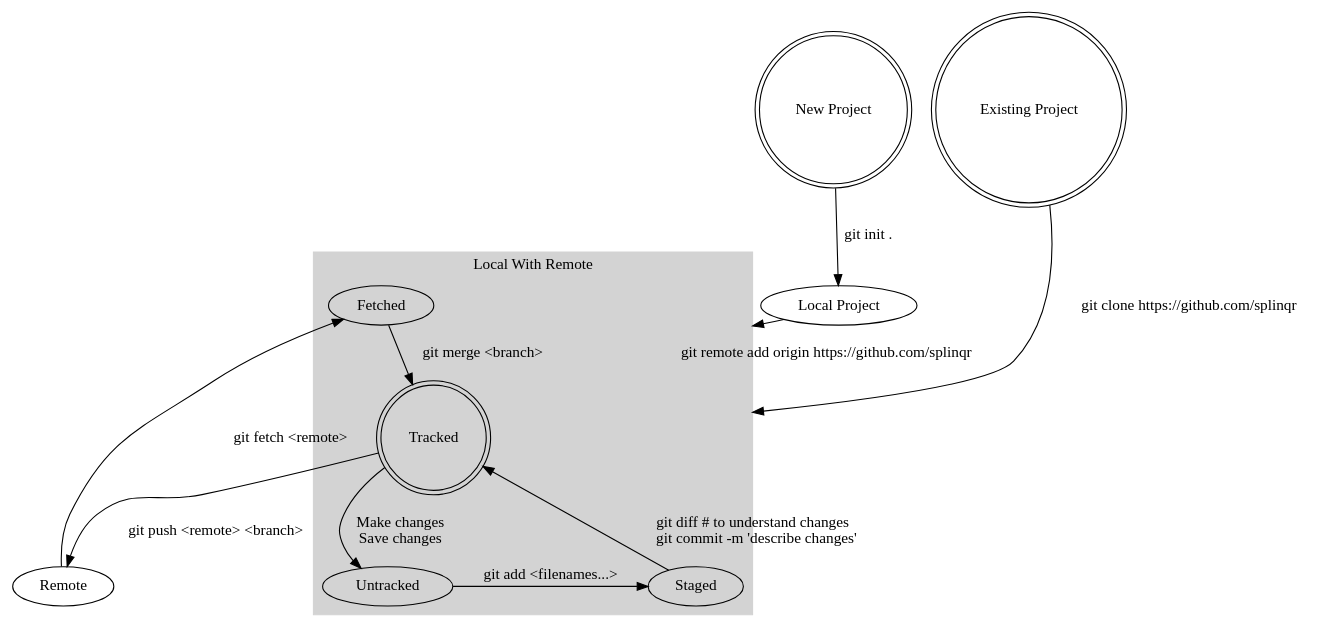
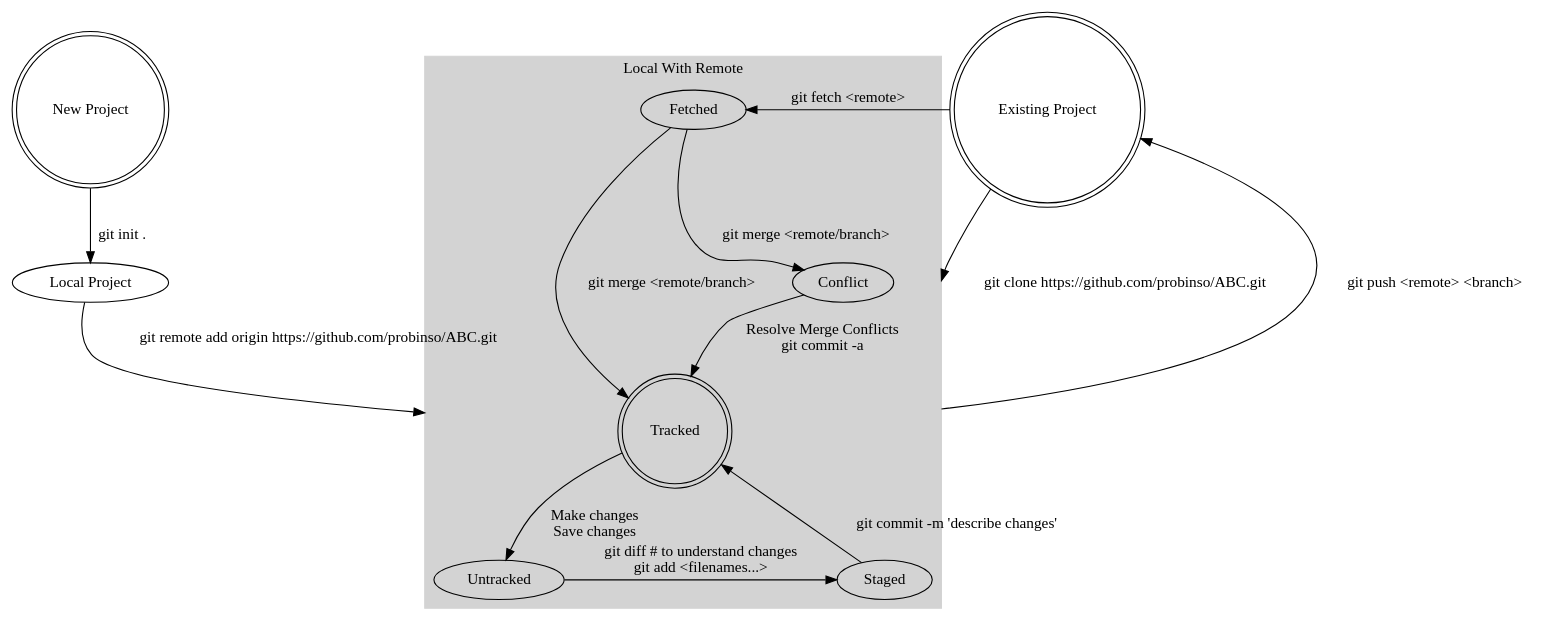
Before and after one commit to probinso/introduction-git: the diagram in git.dot, drawn with Graphviz. The commit also changed 2 other files, not shown here.

```diff
--- a/git.dot
+++ b/git.dot
@@ -1,30 +1,33 @@
-digraph {
+digraph G {
+        aize = "4,4"
         compound=true;
         {
                 NewProject[label="New Project", shape=doublecircle];
                 ExistingProject[label="Existing Project", shape=doublecircle];
                 rank=same;
-        }
+                };
+
         Local[label="Local Project"];
         subgraph cluster0 {
                 label="Local With Remote";
                 color=lightgray;
                 style=filled;
                 Tracked [shape=doublecircle];
-                {Untracked; Staged; rank=same;}
+                {Untracked; Staged; rank=same;};
+
                 Tracked -> Untracked [label="Make changes\nSave changes"];
-                Untracked -> Staged [label="git add <filenames...>"];
-                Staged -> Tracked [label="git diff # to understand changes  \ngit commit -m 'describe changes'"];
-                Fetched -> Tracked [label="git merge <branch>"]
+                Untracked -> Staged [label="git diff # to understand changes\ngit add <filenames...>"];
+                Staged -> Tracked [label="git commit -m 'describe changes'"];
+                Fetched -> {Conflict, Tracked} [label="git merge <remote/branch>"];
+                Conflict -> Tracked [label="Resolve Merge Conflicts\ngit commit -a"];
                 };
                 Local -> Tracked [
-                                  label="git remote add origin https://github.com/splinqr",
+                                  label="git remote add origin https://github.com/probinso/ABC.git",
                                   lhead=cluster0];
                 NewProject -> Local [label="git init ."];
                 ExistingProject -> Tracked [
-                                            label="git clone https://github.com/splinqr"
+                                            label="git clone https://github.com/probinso/ABC.git"
                                             lhead=cluster0];
-                Tracked -> Remote [label="git push <remote> <branch>"];
-
-                Remote -> Fetched [label="git fetch <remote>"];
+                Tracked -> ExistingProject [label="git push <remote> <branch>", ltail=cluster0];
+                ExistingProject -> Fetched [label="git fetch <remote>"];
 }
```
